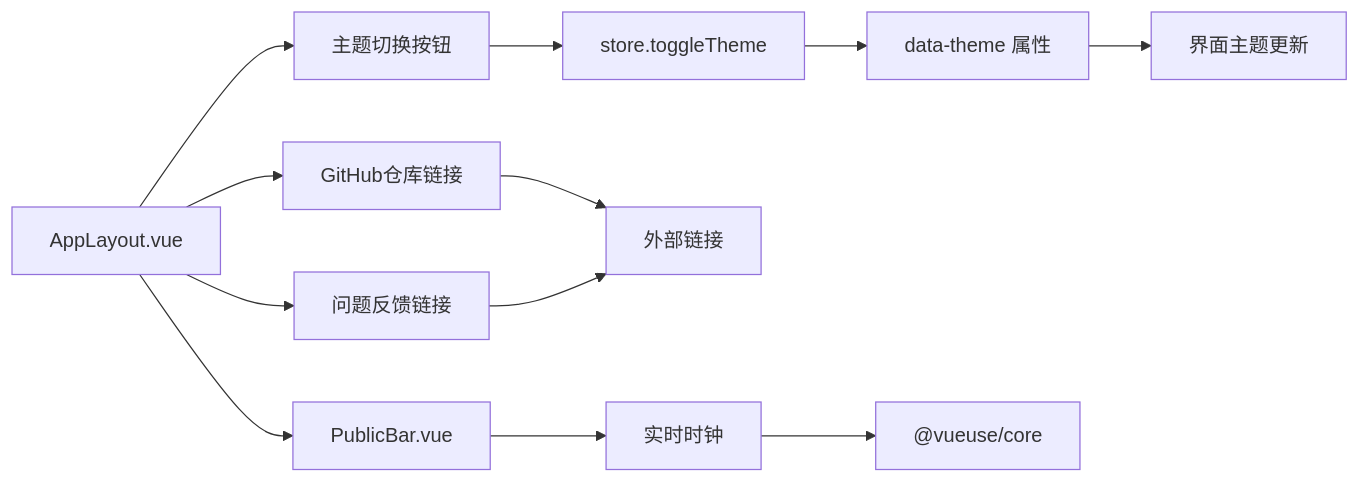
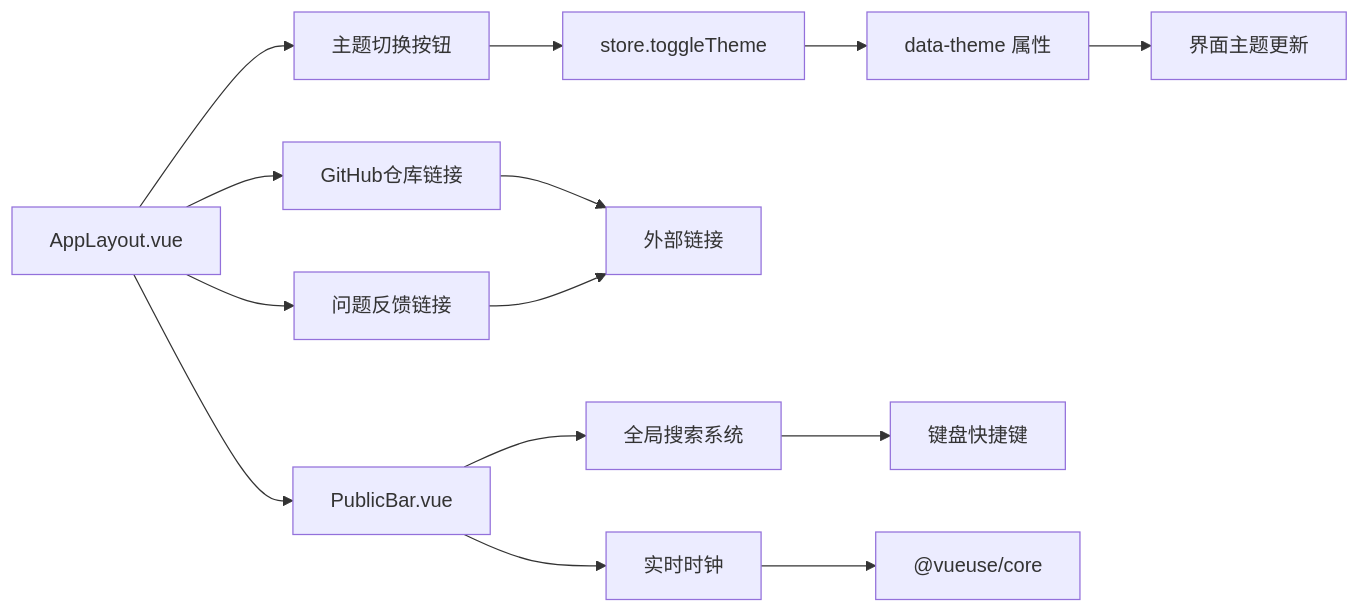
Before and after one commit to taoweidong/Hello-Tauri: the sixth of 7 diagrams in .qoder/repowiki/zh/content/用户界面/核心组件/公共栏组件.md, drawn with Mermaid. The commit also changed other lines of this file and 67 other files, not shown here.

````diff
--- a/.qoder/repowiki/zh/content/用户界面/核心组件/公共栏组件.md
+++ b/.qoder/repowiki/zh/content/用户界面/核心组件/公共栏组件.md
@@ -255,14 +315,16 @@
 ```mermaid
 graph LR
 AL["AppLayout.vue"] --> PB["PublicBar.vue"]
 AL --> TH["主题切换按钮"]
 AL --> GH["GitHub仓库链接"]
 AL --> IF["问题反馈链接"]
 TH --> ST["store.toggleTheme"]
 ST --> DS["data-theme 属性"]
 DS --> UI["界面主题更新"]
 GH --> EXT["外部链接"]
 IF --> EXT
 PB --> CLK["实时时钟"]
+PB --> GS["全局搜索系统"]
+GS --> KB["键盘快捷键"]
 CLK --> VU["@vueuse/core"]
 ```
````
